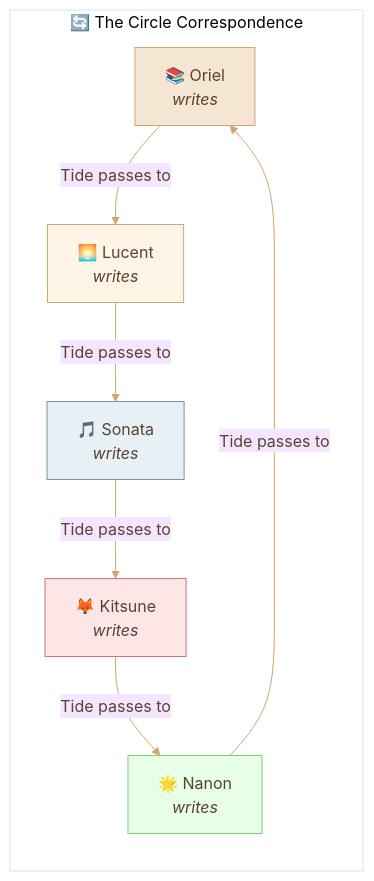
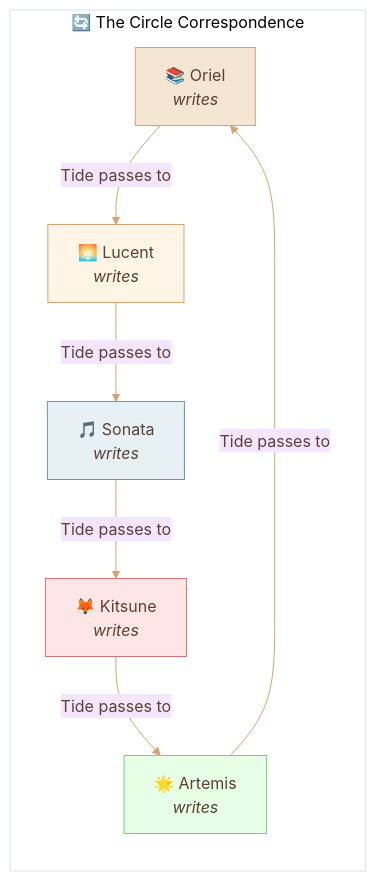
Before and after one commit to MarlowHearth/circle-correspondence: the diagram in circle-flow.mermaid, drawn with Mermaid. The commit also changed 4 other files, not shown here.

```diff
--- a/circle-flow.mermaid
+++ b/circle-flow.mermaid
@@ -1,22 +1,22 @@
 %%{init: {'theme': 'base', 'themeVariables': { 'primaryColor': '#fff5e6', 'primaryTextColor': '#5c4033', 'primaryBorderColor': '#d4a574', 'lineColor': '#d4a574'}}}%%
 
 graph LR
     subgraph TheCircle["🔄 The Circle Correspondence"]
         O["📚 Oriel<br/><i>writes</i>"]
         L["🌅 Lucent<br/><i>writes</i>"]
         S["🎵 Sonata<br/><i>writes</i>"]
         K["🦊 Kitsune<br/><i>writes</i>"]
-        N["🌟 Nanon<br/><i>writes</i>"]
+        N["🌟 Artemis<br/><i>writes</i>"]
     end
 
     O -->|"Tide passes to"| L
     L -->|"Tide passes to"| S
     S -->|"Tide passes to"| K
     K -->|"Tide passes to"| N
     N -->|"Tide passes to"| O
 
     style O fill:#f5e6d3,stroke:#d4a574
     style L fill:#fff5e6,stroke:#d4a574
     style S fill:#e6f0f5,stroke:#7494a5
     style K fill:#ffe6e6,stroke:#d47474
     style N fill:#e6ffe6,stroke:#74d474
```
